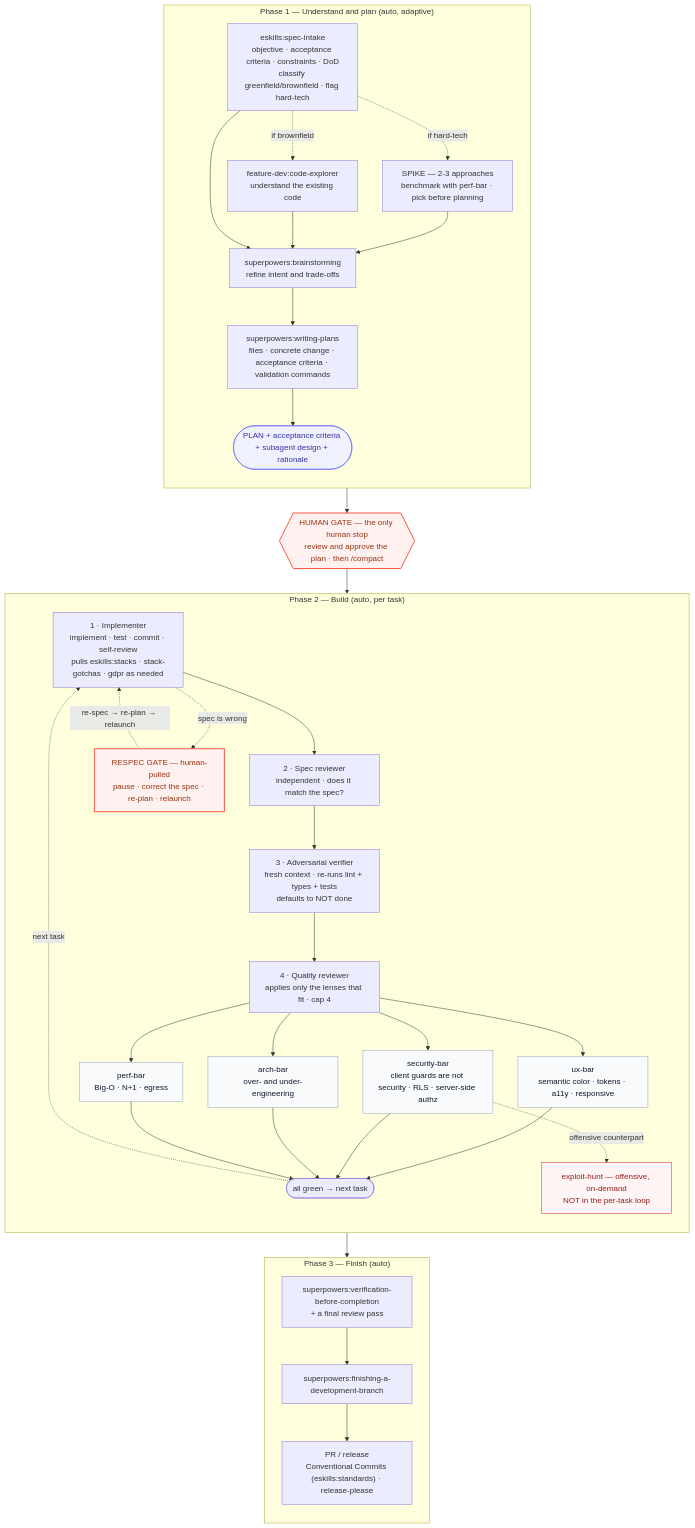
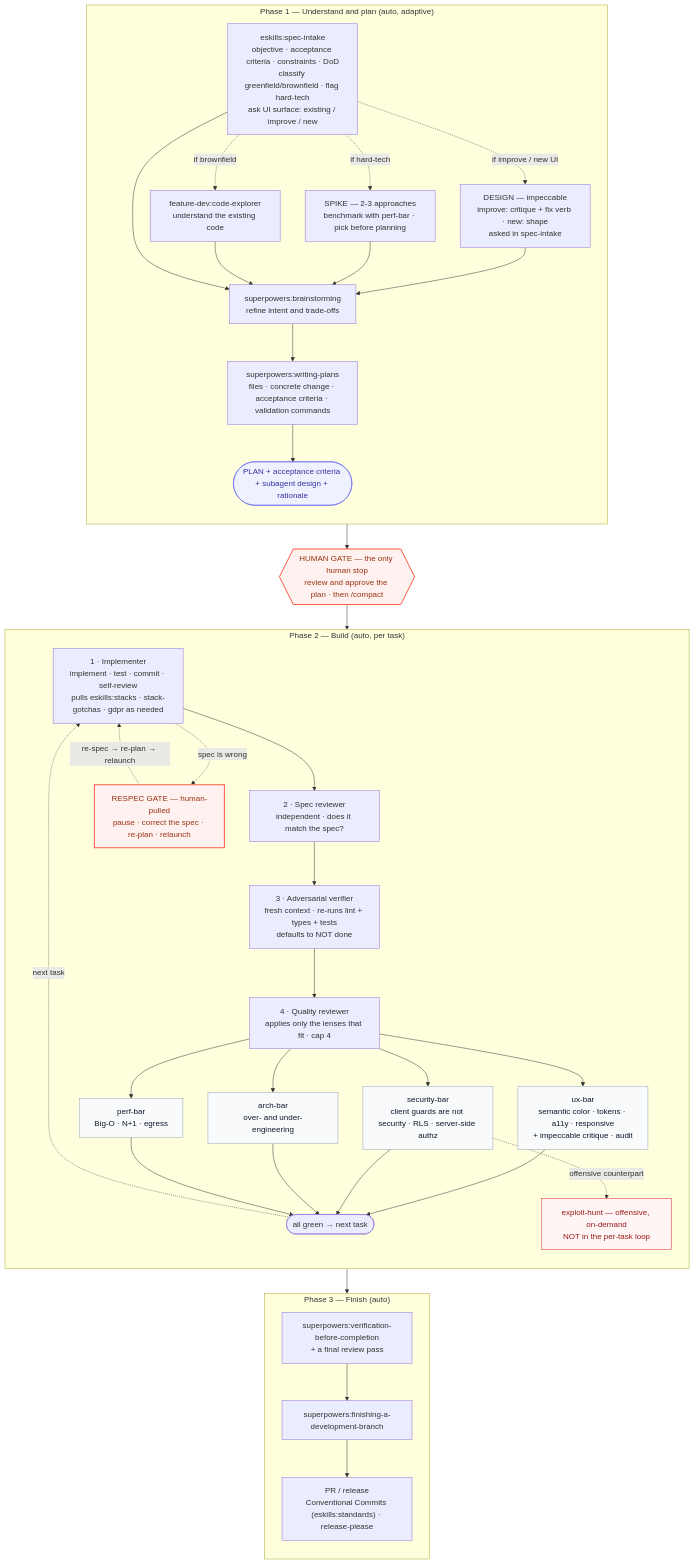
One commit to Endika/eskills changed the diagram in README.md. Above: the diagram before and after it, drawn with Mermaid. The commit also changed other lines of this file and 3 other files, not shown here.

Commit message:
feat(task-flow): ask if UI keeps, improves or replaces the design, then run impeccable

````diff
--- a/README.md
+++ b/README.md
@@ -95,69 +95,72 @@
 ```mermaid
 flowchart TD
   classDef gate fill:#FFF1EF,stroke:#FF5A47,stroke-width:2px,color:#9A3412
   classDef plan fill:#EEF2FF,stroke:#6366F1,color:#3730A3
   classDef lens fill:#F8FAFC,stroke:#94A3B8,color:#0F172A
   classDef offensive fill:#FFF5F4,stroke:#DC2626,color:#991B1B
 
   subgraph P1["Phase 1 — Understand and plan (auto, adaptive)"]
     direction TB
-    SI["eskills:spec-intake<br/>objective · acceptance criteria · constraints · DoD<br/>classify greenfield/brownfield · flag hard-tech"]
+    SI["eskills:spec-intake<br/>objective · acceptance criteria · constraints · DoD<br/>classify greenfield/brownfield · flag hard-tech<br/>ask UI surface: existing / improve / new"]
     CE["feature-dev:code-explorer<br/>understand the existing code"]
     SP["SPIKE — 2-3 approaches<br/>benchmark with perf-bar · pick before planning"]
+    DS["DESIGN — impeccable<br/>improve: critique + fix verb · new: shape<br/>asked in spec-intake"]
     BR["superpowers:brainstorming<br/>refine intent and trade-offs"]
     WP["superpowers:writing-plans<br/>files · concrete change · acceptance criteria · validation commands"]
     PLAN(["PLAN + acceptance criteria + subagent design + rationale"])
     SI -. if brownfield .-> CE
     SI -. if hard-tech .-> SP
+    SI -. if improve / new UI .-> DS
     SI --> BR
     CE --> BR
     SP --> BR
+    DS --> BR
     BR --> WP --> PLAN
   end
 
   PLAN --> GATE{{"HUMAN GATE — the only human stop<br/>review and approve the plan · then /compact"}}
   GATE --> IMP
 
   subgraph P2["Phase 2 — Build (auto, per task)"]
     direction TB
     IMP["1 · Implementer<br/>implement · test · commit · self-review<br/>pulls eskills:stacks · stack-gotchas · gdpr as needed"]
     SR["2 · Spec reviewer<br/>independent · does it match the spec?"]
     AV["3 · Adversarial verifier<br/>fresh context · re-runs lint + types + tests<br/>defaults to NOT done"]
     QR["4 · Quality reviewer<br/>applies only the lenses that fit · cap 4"]
-    UX["ux-bar<br/>semantic color · tokens · a11y · responsive"]
+    UX["ux-bar<br/>semantic color · tokens · a11y · responsive<br/>+ impeccable critique · audit"]
     SEC["security-bar<br/>client guards are not security · RLS · server-side authz"]
     ARCH["arch-bar<br/>over- and under-engineering"]
     PERF["perf-bar<br/>Big-O · N+1 · egress"]
     DONE(["all green → next task"])
     RESPEC["RESPEC GATE — human-pulled<br/>pause · correct the spec · re-plan · relaunch"]
     EH["exploit-hunt — offensive, on-demand<br/>NOT in the per-task loop"]
     IMP --> SR --> AV --> QR
     QR --> UX
     QR --> SEC
     QR --> ARCH
     QR --> PERF
     UX --> DONE
     SEC --> DONE
     ARCH --> DONE
     PERF --> DONE
     DONE -. next task .-> IMP
     IMP -. spec is wrong .-> RESPEC
     RESPEC -. re-spec → re-plan → relaunch .-> IMP
     SEC -. offensive counterpart .-> EH
   end
 
   DONE --> VBC
 
   subgraph P3["Phase 3 — Finish (auto)"]
     direction TB
     VBC["superpowers:verification-before-completion<br/>+ a final review pass"]
     FIN["superpowers:finishing-a-development-branch"]
     REL["PR / release<br/>Conventional Commits (eskills:standards) · release-please"]
     VBC --> FIN --> REL
   end
 
   class GATE,RESPEC gate
   class PLAN plan
   class UX,SEC,ARCH,PERF lens
   class EH offensive
 ```
````
